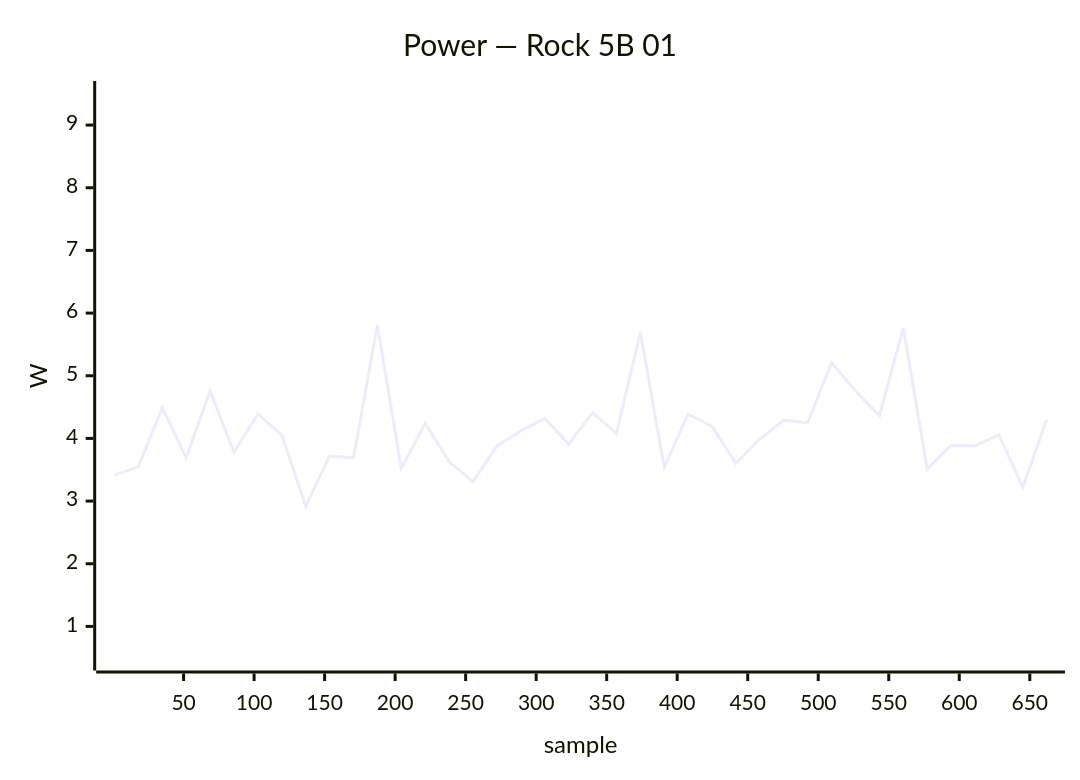
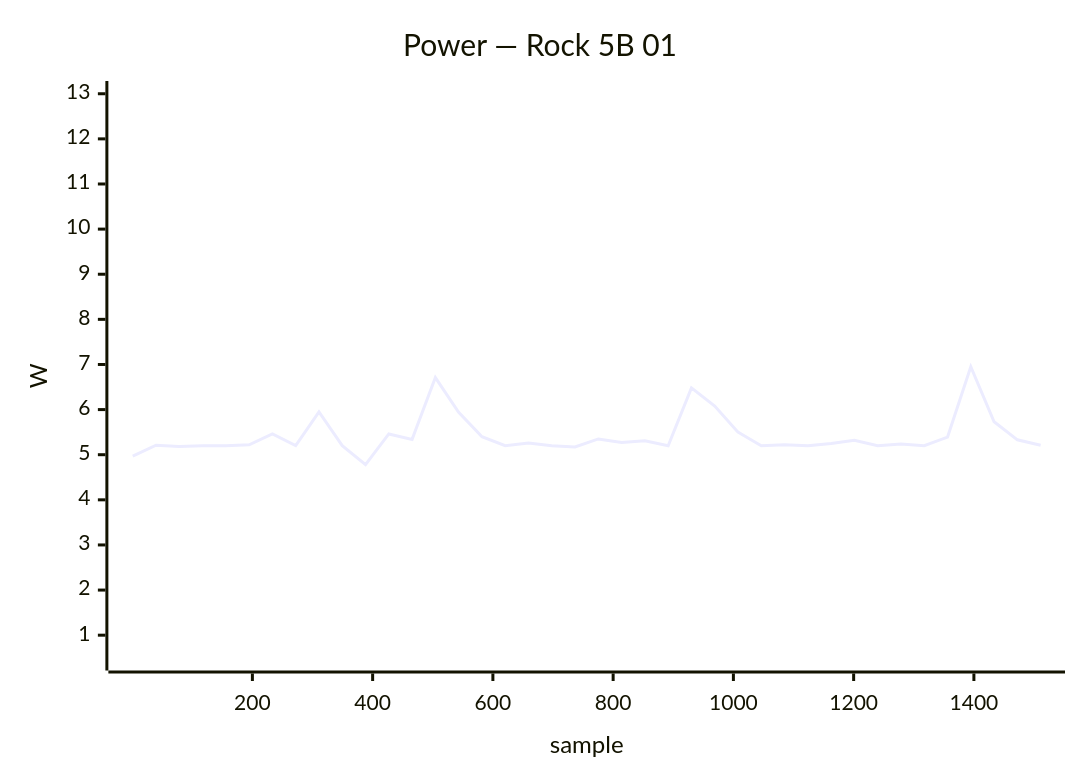
One commit to armbian/documentation changed the ninth of 34 diagrams in docs/status/board-tests.md. Above: the diagram before and after it, drawn with Mermaid. The commit also changed other lines of this file, not shown here.

````diff
--- a/docs/status/board-tests.md
+++ b/docs/status/board-tests.md
@@ -544,7 +522,7 @@
 ```mermaid
 xychart-beta
     title "Power — Rock 5B 01"
-    x-axis "sample" 1 --> 662
-    y-axis "W" 0.5 --> 9.5
-    line [3.41, 3.55, 4.49, 3.69, 4.76, 3.78, 4.39, 4.05, 2.92, 3.72, 3.69, 5.81, 3.52, 4.24, 3.63, 3.31, 3.88, 4.12, 4.32, 3.91, 4.41, 4.08, 5.69, 3.54, 4.39, 4.19, 3.60, 3.99, 4.29, 4.25, 5.21, 4.76, 4.36, 5.76, 3.51, 3.89, 3.88, 4.06, 3.22, 4.30]
+    x-axis "sample" 1 --> 1511
+    y-axis "W" 0.5 --> 13.0
+    line [4.97, 5.21, 5.18, 5.20, 5.20, 5.22, 5.46, 5.20, 5.95, 5.20, 4.78, 5.46, 5.34, 6.71, 5.94, 5.40, 5.20, 5.26, 5.20, 5.17, 5.35, 5.27, 5.31, 5.20, 6.48, 6.08, 5.50, 5.20, 5.22, 5.20, 5.25, 5.32, 5.20, 5.24, 5.20, 5.39, 6.95, 5.73, 5.33, 5.21]
 ```
````
